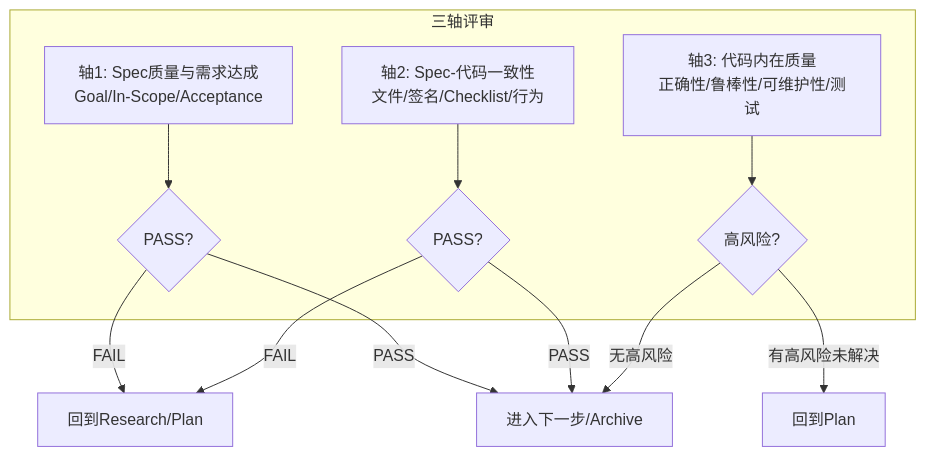
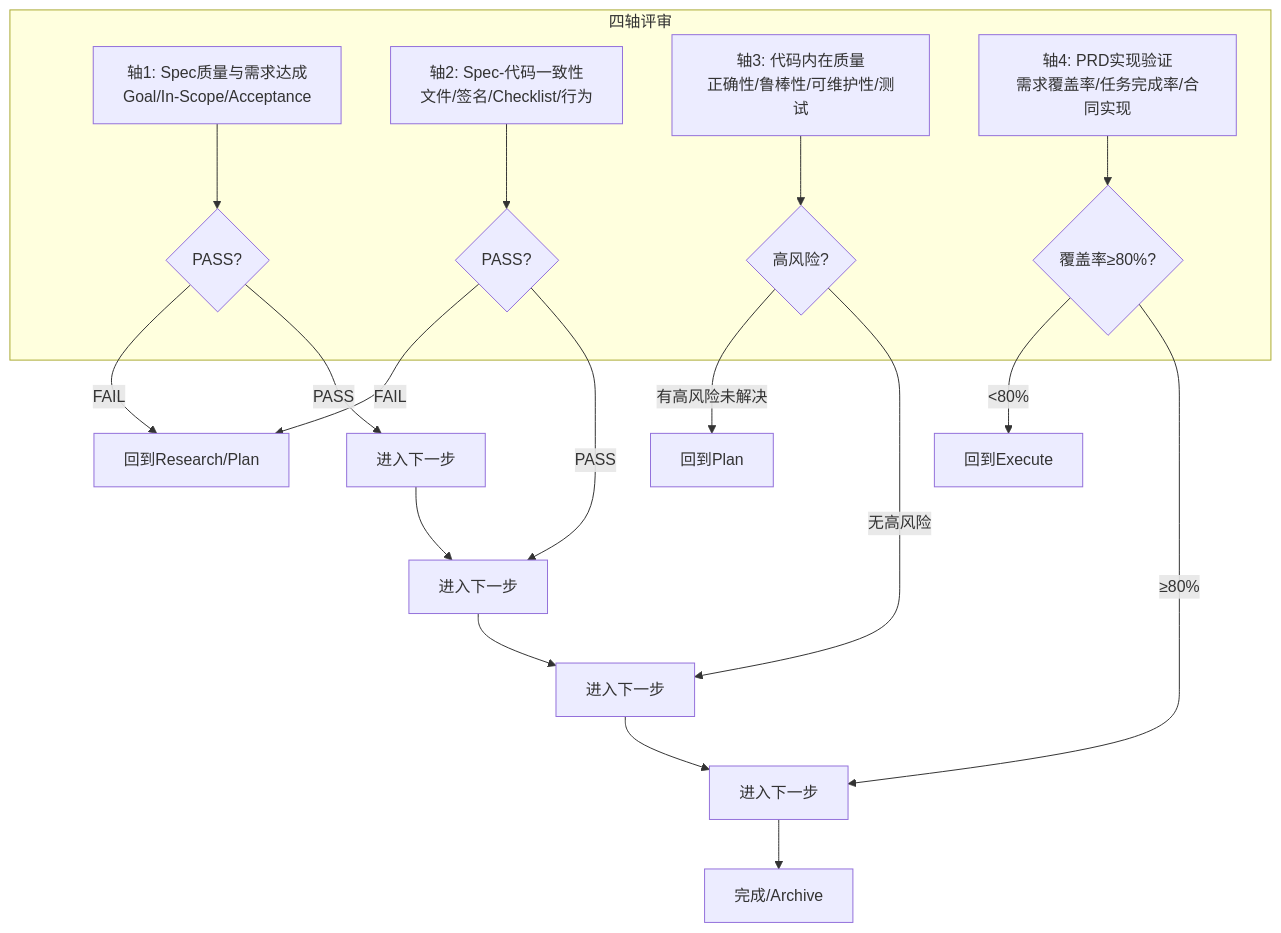
The third of 24 diagrams in .qoder/repowiki/zh/content/Altas Workflow Core/Altas Workflow Core.md (AngelWings1997/altas), drawn with Mermaid before and after one commit. The commit also changed other lines of this file and 14 other files, not shown here.

````diff
--- a/.qoder/repowiki/zh/content/Altas Workflow Core/Altas Workflow Core.md
+++ b/.qoder/repowiki/zh/content/Altas Workflow Core/Altas Workflow Core.md
@@ -180,14 +186,18 @@
 ```mermaid
 flowchart TB
-subgraph "三轴评审"
+subgraph "四轴评审"
 A1[轴1: Spec质量与需求达成<br/>Goal/In-Scope/Acceptance] --> R1{PASS?}
 A2[轴2: Spec-代码一致性<br/>文件/签名/Checklist/行为] --> R2{PASS?}
 A3[轴3: 代码内在质量<br/>正确性/鲁棒性/可维护性/测试] --> R3{高风险?}
+A4[轴4: PRD实现验证<br/>需求覆盖率/任务完成率/合同实现] --> R4{覆盖率≥80%?}
 end
 R1 --> |"FAIL"| BACK1[回到Research/Plan]
 R2 --> |"FAIL"| BACK1
 R3 --> |"有高风险未解决"| BACK2[回到Plan]
-R1 --> |"PASS"| NEXT[进入下一步/Archive]
-R2 --> |"PASS"| NEXT
-R3 --> |"无高风险"| NEXT
+R4 --> |"<80%"| BACK3[回到Execute]
+R1 --> |"PASS"| NEXT1[进入下一步]
+R2 --> |"PASS"| NEXT2[进入下一步]
+R3 --> |"无高风险"| NEXT3[进入下一步]
+R4 --> |"≥80%"| NEXT4[进入下一步]
+NEXT1 --> NEXT2 --> NEXT3 --> NEXT4 --> ARCHIVE[完成/Archive]
 ```
````
